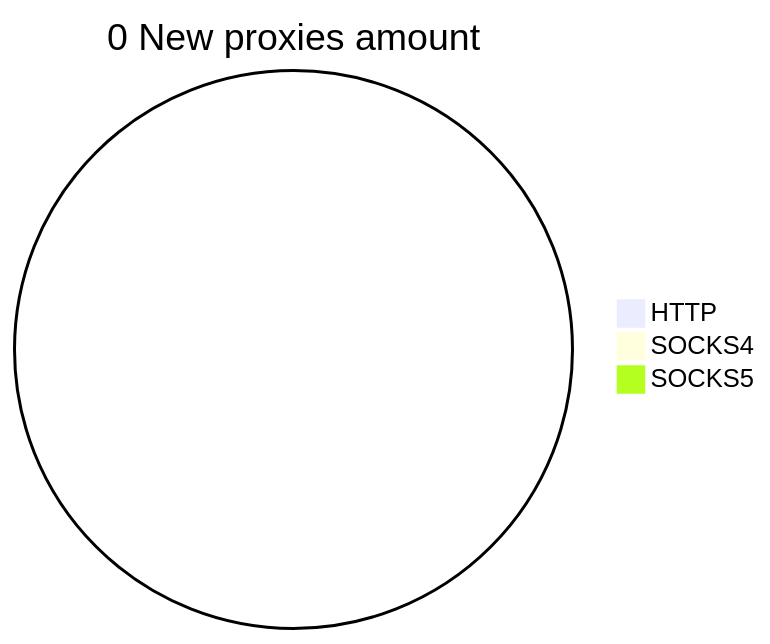
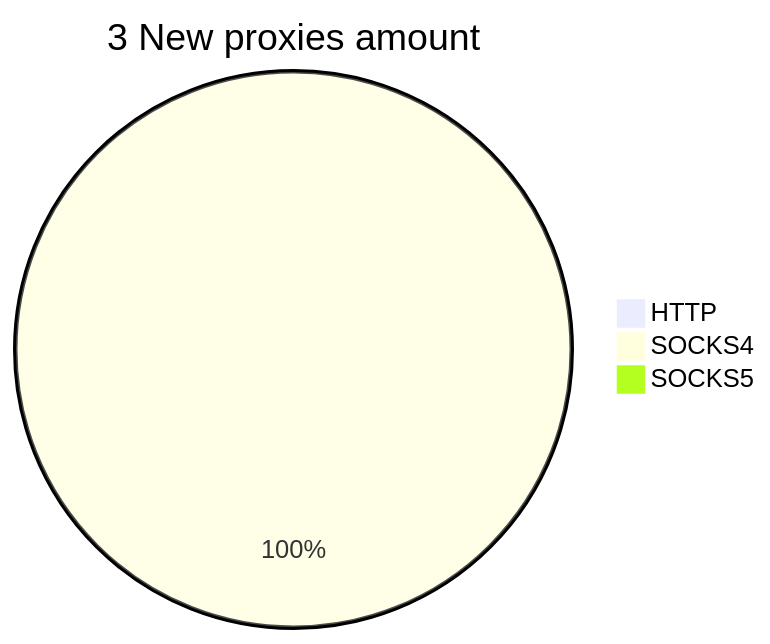
One commit to cutipu/proxylist changed the second of 2 diagrams in README.md. Above: the diagram before and after it, drawn with Mermaid. The commit also changed other lines of this file, not shown here.

````diff
--- a/README.md
+++ b/README.md
@@ -10,6 +10,6 @@
 ```mermaid
-pie title 0 New proxies amount
+pie title 3 New proxies amount
     "HTTP" : 0
-    "SOCKS4" : 0
+    "SOCKS4" : 3
     "SOCKS5" : 0
 ```
````
